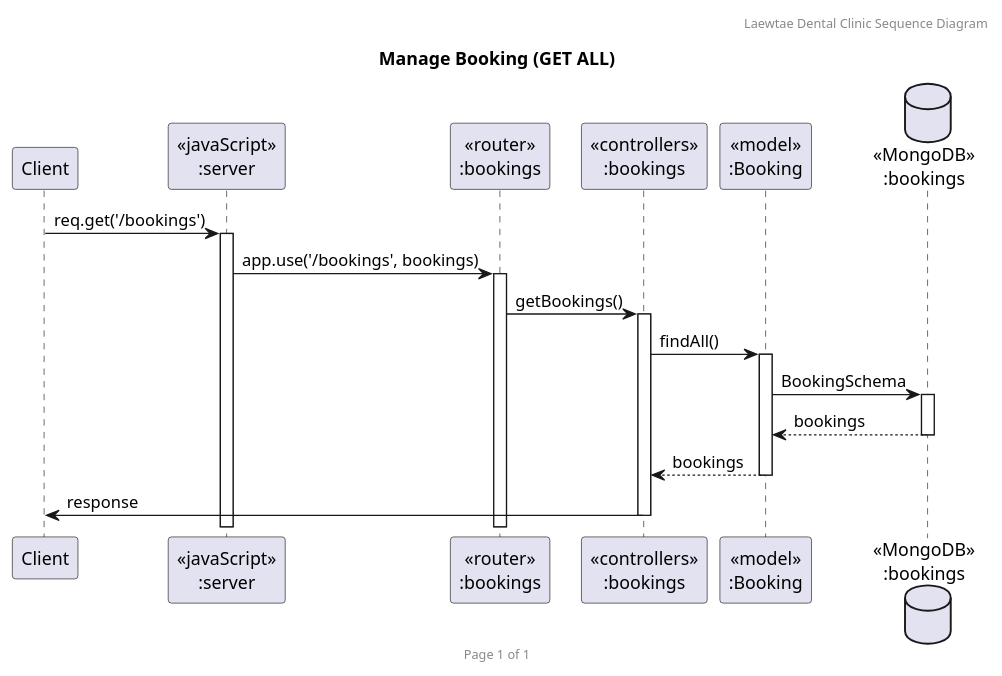
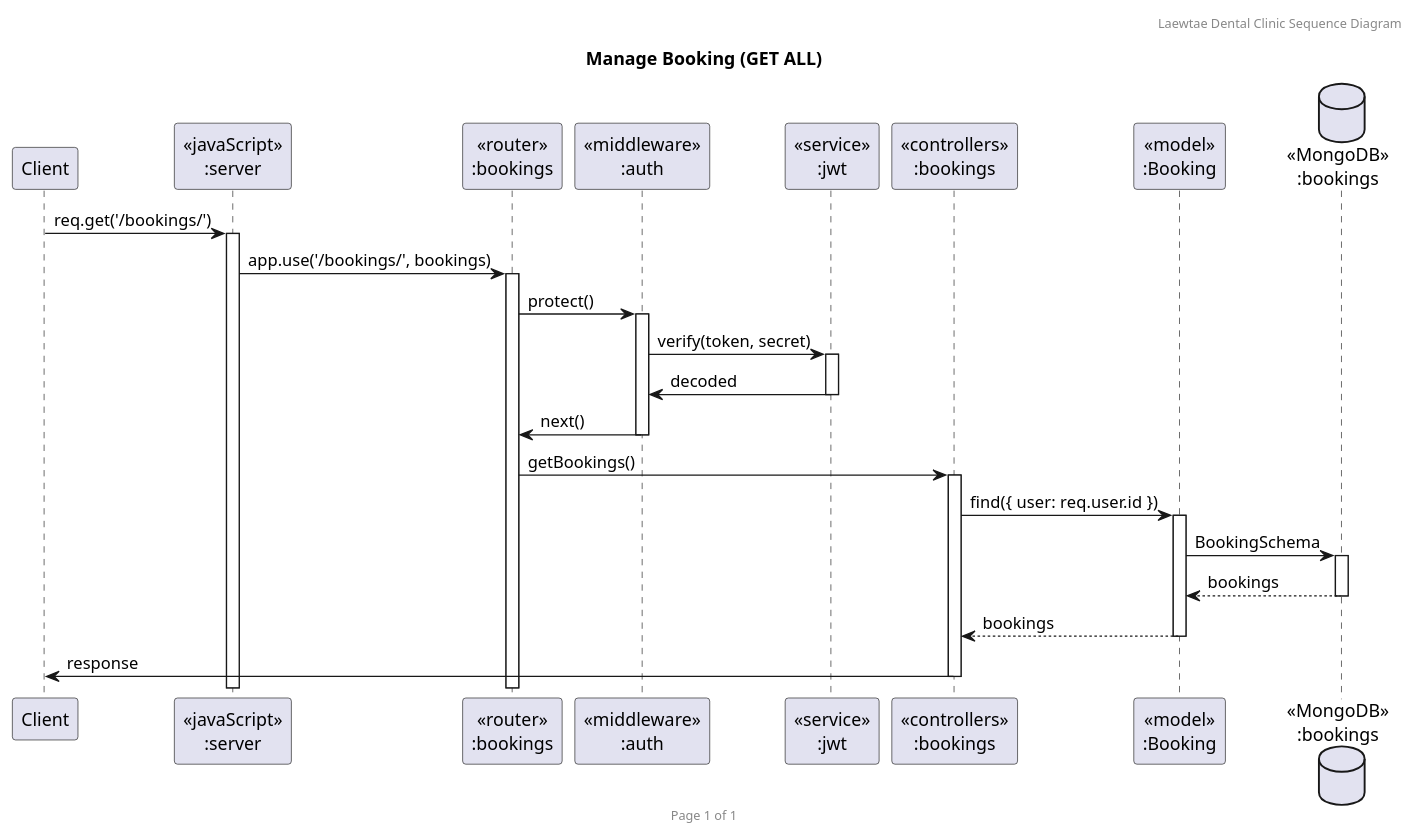
Before and after one commit to nattapong232/DentistBooking: the diagram in UML/SequenceDiagram/Booking/BookingSequenceGetAll.puml, drawn with PlantUML. The commit also changed 21 other files, not shown here.

Commit message:
Update sequence diagram

```diff
--- a/UML/SequenceDiagram/Booking/BookingSequenceGetAll.puml
+++ b/UML/SequenceDiagram/Booking/BookingSequenceGetAll.puml
@@ -1,23 +1,30 @@
 @startuml Manage Booking (GET ALL)
 
 header Laewtae Dental Clinic Sequence Diagram
 footer Page %page% of %lastpage%
 title "Manage Booking (GET ALL)"
 
 participant "Client" as client
 participant "<<javaScript>>\n:server" as server
 participant "<<router>>\n:bookings" as routerBookings
+participant "<<middleware>>\n:auth" as auth
+participant "<<service>>\n:jwt" as jwt
 participant "<<controllers>>\n:bookings" as controllersBookings
 participant "<<model>>\n:Booking" as modelBooking
 database "<<MongoDB>>\n:bookings" as BookingsDatabase
 
-client->server ++:req.get('/bookings')
-server->routerBookings ++:app.use('/bookings', bookings)
+client->server ++:req.get('/bookings/')
+server->routerBookings ++:app.use('/bookings/', bookings)
+routerBookings -> auth ++:protect()
+auth -> jwt ++:verify(token, secret)
+auth <- jwt --:decoded
+
+routerBookings <- auth --:next()
 routerBookings -> controllersBookings ++:getBookings()
-controllersBookings->modelBooking ++:findAll()
+controllersBookings->modelBooking ++:find({ user: req.user.id })
 modelBooking ->BookingsDatabase ++: BookingSchema
 BookingsDatabase --> modelBooking --: bookings
 controllersBookings <-- modelBooking --:bookings
 controllersBookings->client --:response
 
 @enduml
```
